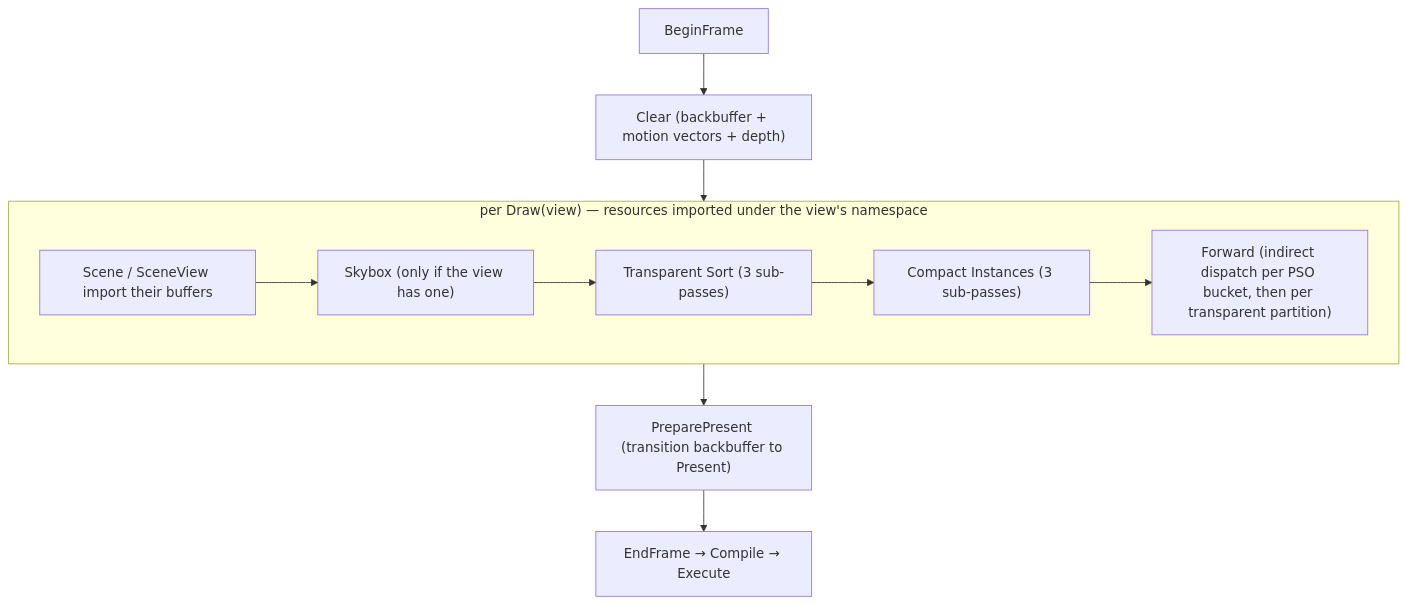
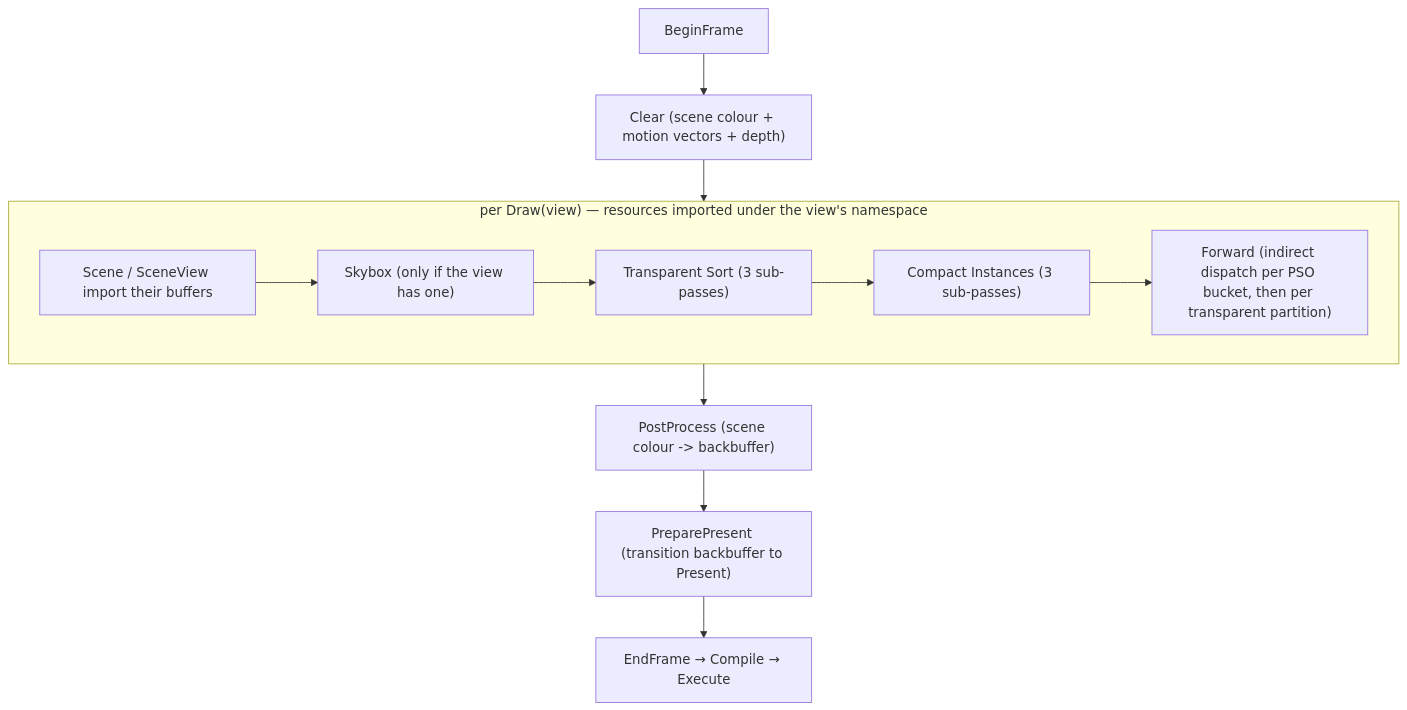
Before and after one commit to alexjiang200407/bernini: the diagram in docs/passes.md, drawn with Mermaid. The commit also changed other lines of this file and 24 other files, not shown here.

First line of the commit message:
feat(bgl): render into an HDR scene colour and tonemap into the backbuffer (#249)

````diff
--- a/docs/passes.md
+++ b/docs/passes.md
@@ -24,13 +24,14 @@
 ```mermaid
 flowchart TD
-    BF["BeginFrame"] --> CLR["Clear (backbuffer + motion vectors + depth)"]
+    BF["BeginFrame"] --> CLR["Clear (scene colour + motion vectors + depth)"]
     CLR --> D["per Draw(view)"]
     subgraph D["per Draw(view) — resources imported under the view's namespace"]
         IMP["Scene / SceneView import their buffers"] --> SKY["Skybox (only if the view has one)"]
         SKY --> TS["Transparent Sort (3 sub-passes)"]
         TS --> CI["Compact Instances (3 sub-passes)"]
         CI --> FWD["Forward (indirect dispatch per PSO bucket, then per transparent partition)"]
     end
-    D --> PP["PreparePresent (transition backbuffer to Present)"]
+    D --> PPX["PostProcess (scene colour -> backbuffer)"]
+    PPX --> PP["PreparePresent (transition backbuffer to Present)"]
     PP --> EF["EndFrame → Compile → Execute"]
 ```
````
